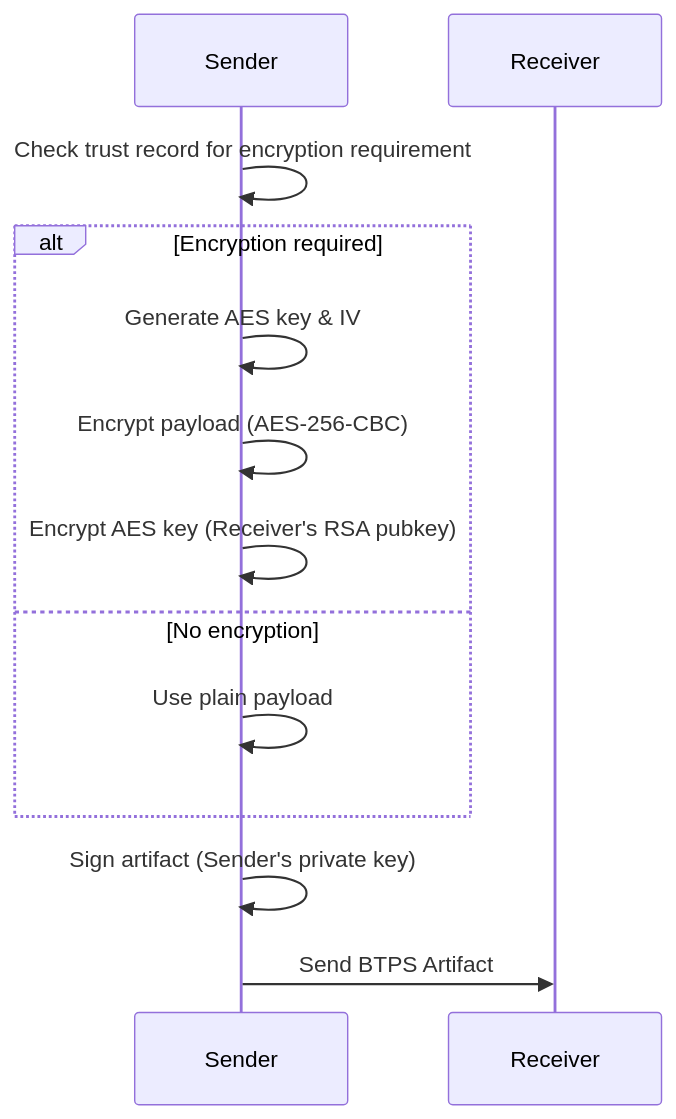
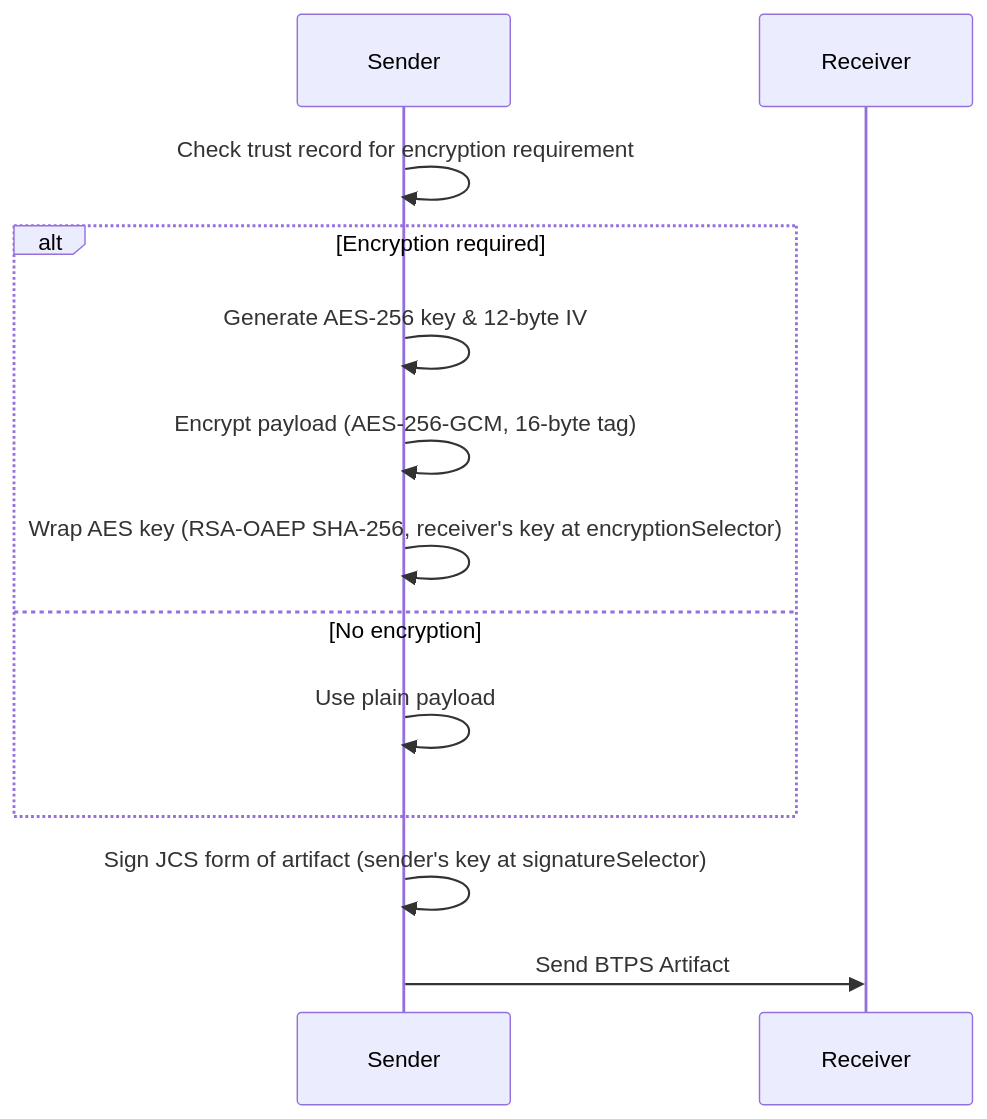
One commit to openbtps/btps-node changed the diagram in docs/docusaurus/docs/protocol/security/encryption.md. Above: the diagram before and after it, drawn with Mermaid. The commit also changed other lines of this file and 40 other files, not shown here.

First line of the commit message:
EBA-123: the docs describe BTPS 1.1: RSA-2048, AES-256-GCM, the 1.1 shapes, real subpaths

````diff
--- a/docs/docusaurus/docs/protocol/security/encryption.md
+++ b/docs/docusaurus/docs/protocol/security/encryption.md
@@ -37,15 +37,15 @@
 ```mermaid
 sequenceDiagram
     participant Sender
     participant Receiver
     Sender->>Sender: Check trust record for encryption requirement
     alt Encryption required
-        Sender->>Sender: Generate AES key & IV
-        Sender->>Sender: Encrypt payload (AES-256-CBC)
-        Sender->>Sender: Encrypt AES key (Receiver's RSA pubkey)
+        Sender->>Sender: Generate AES-256 key & 12-byte IV
+        Sender->>Sender: Encrypt payload (AES-256-GCM, 16-byte tag)
+        Sender->>Sender: Wrap AES key (RSA-OAEP SHA-256, receiver's key at encryptionSelector)
     else No encryption
         Sender->>Sender: Use plain payload
     end
-    Sender->>Sender: Sign artifact (Sender's private key)
+    Sender->>Sender: Sign JCS form of artifact (sender's key at signatureSelector)
     Sender->>Receiver: Send BTPS Artifact
 ```
````
